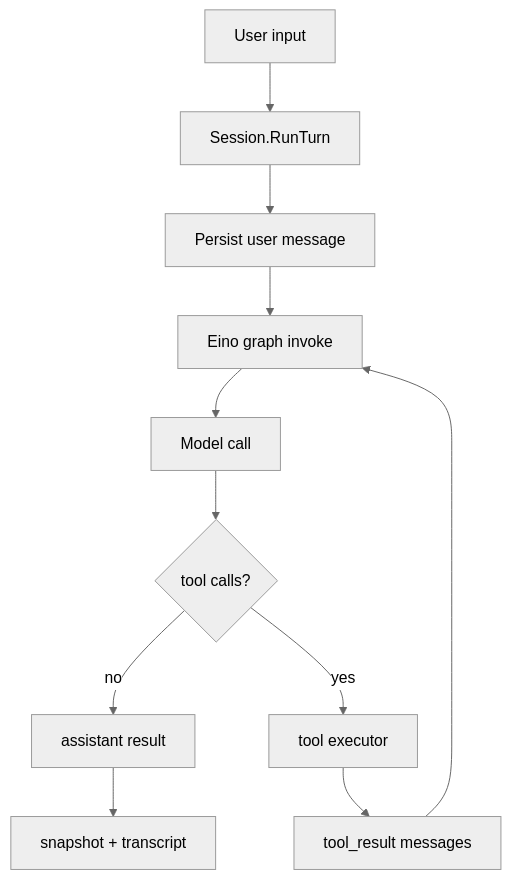
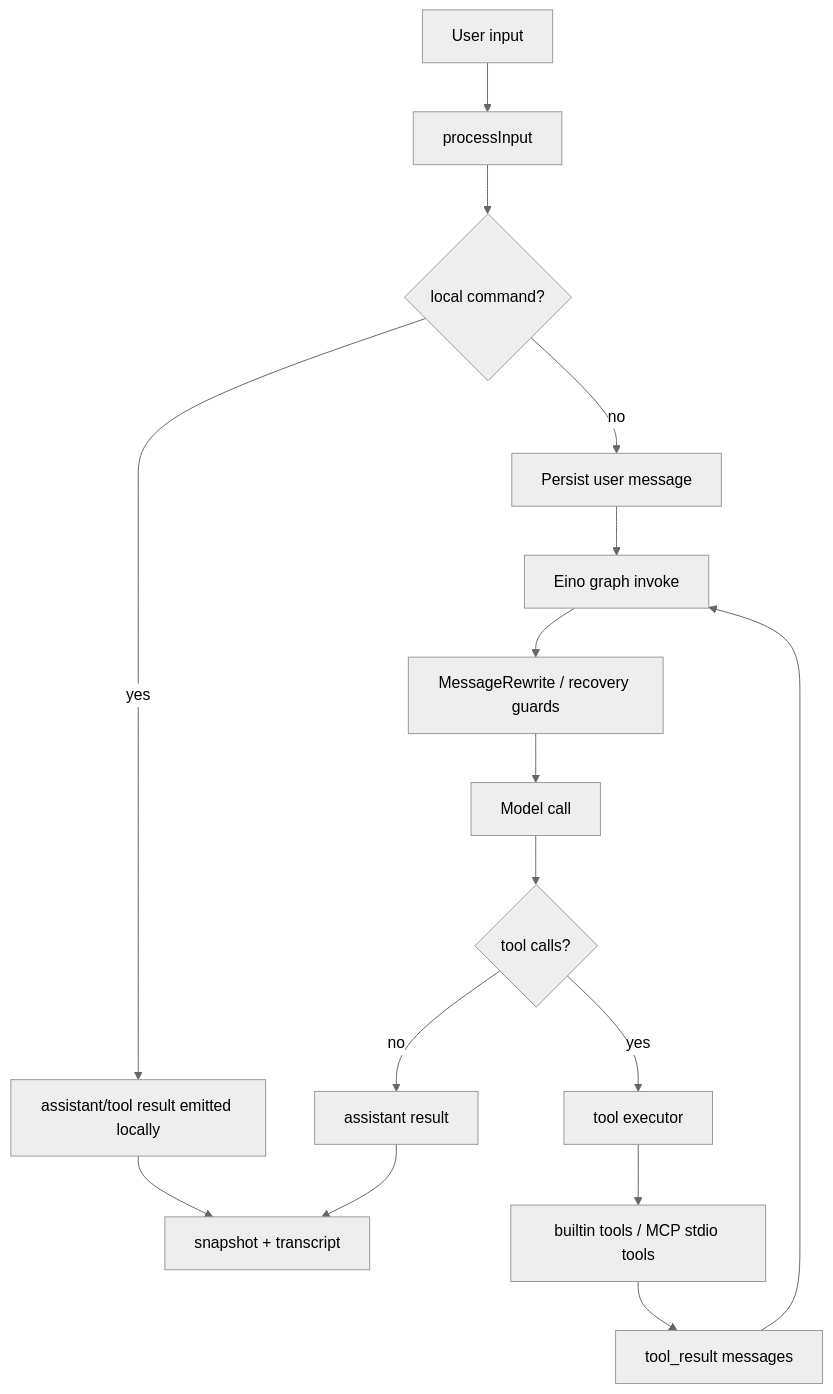
Before and after one commit to daewoochen/claude-code-go: the diagram in docs/ARCHITECTURE.md, drawn with Mermaid (neutral theme). The commit also changed other lines of this file and 11 other files, not shown here.

Commit message:
feat: add input recovery and stdio mcp support

````diff
--- a/docs/ARCHITECTURE.md
+++ b/docs/ARCHITECTURE.md
@@ -19,13 +19,18 @@
 ```mermaid
 flowchart TD
-    A["User input"] --> B["Session.RunTurn"]
-    B --> C["Persist user message"]
-    C --> D["Eino graph invoke"]
-    D --> E["Model call"]
-    E --> F{"tool calls?"}
-    F -->|no| G["assistant result"]
-    F -->|yes| H["tool executor"]
-    H --> I["tool_result messages"]
-    I --> D
-    G --> J["snapshot + transcript"]
+    A["User input"] --> B["processInput"]
+    B --> C{"local command?"}
+    C -->|yes| D["assistant/tool result emitted locally"]
+    C -->|no| E["Persist user message"]
+    E --> F["Eino graph invoke"]
+    F --> G["MessageRewrite / recovery guards"]
+    G --> H["Model call"]
+    H --> I{"tool calls?"}
+    I -->|no| J["assistant result"]
+    I -->|yes| K["tool executor"]
+    K --> L["builtin tools / MCP stdio tools"]
+    L --> M["tool_result messages"]
+    M --> F
+    D --> N["snapshot + transcript"]
+    J --> N
 ```
````
